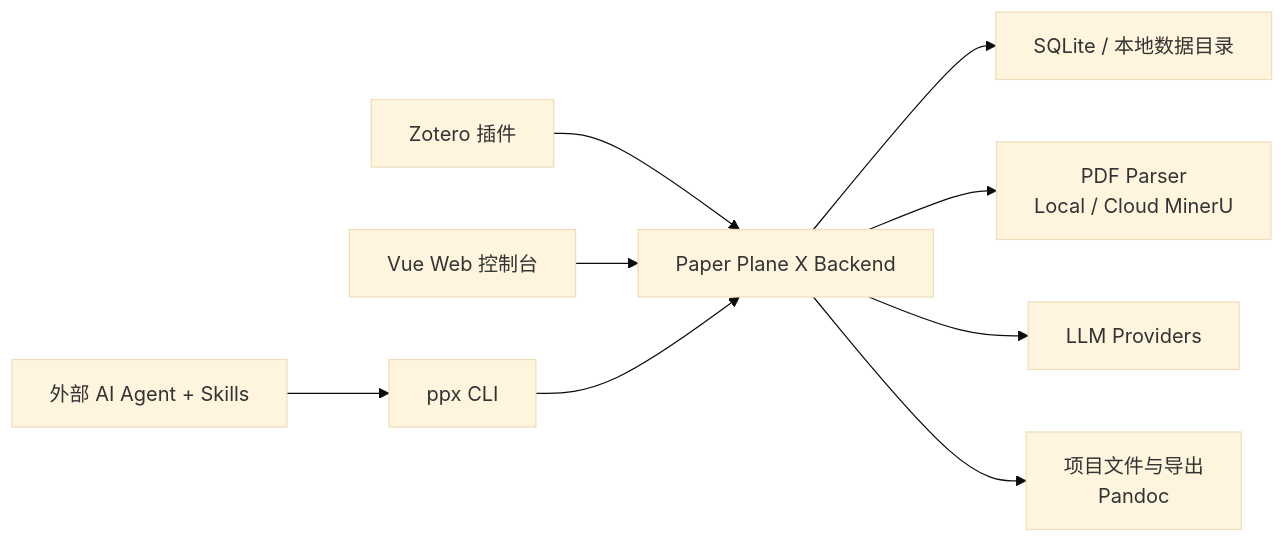
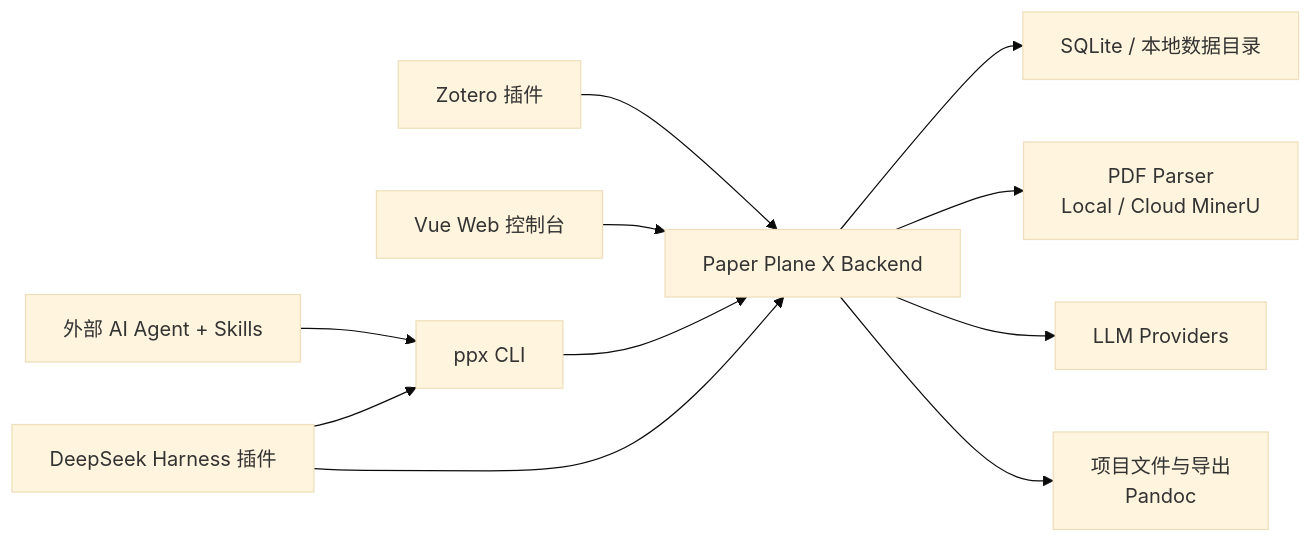
One commit to WindLX/paper_plane_x changed the diagram in README.md. Above: the diagram before and after it, drawn with Mermaid (base theme). The commit also changed other lines of this file and 3 other files, not shown here.

Commit message:
docs: document DeepSeek Harness plugin (README + screenshots + submodule)

````diff
--- a/README.md
+++ b/README.md
@@ -54,11 +63,13 @@
 ```mermaid
 flowchart LR
     Z["Zotero 插件"] --> B["Paper Plane X Backend"]
     W["Vue Web 控制台"] --> B
     C["ppx CLI"] --> B
     A["外部 AI Agent + Skills"] --> C
+    H["DeepSeek Harness 插件"] --> C
+    H --> B
     B --> D["SQLite / 本地数据目录"]
     B --> P["PDF Parser\nLocal / Cloud MinerU"]
     B --> L["LLM Providers"]
     B --> F["项目文件与导出\nPandoc"]
 ```
````
